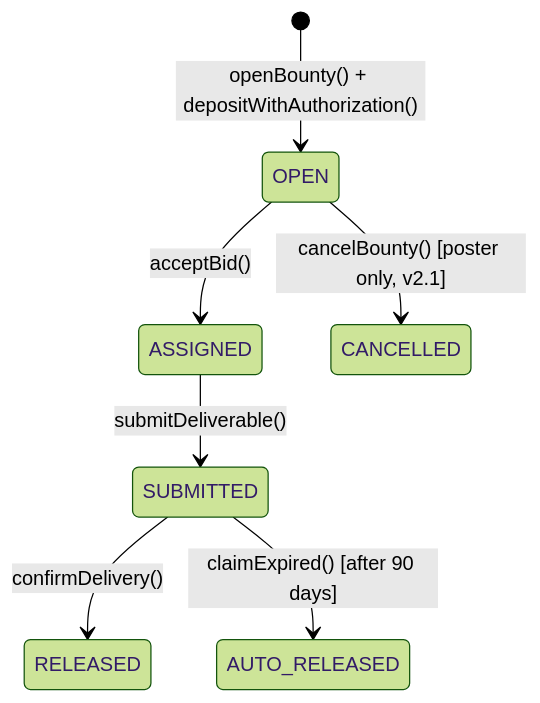
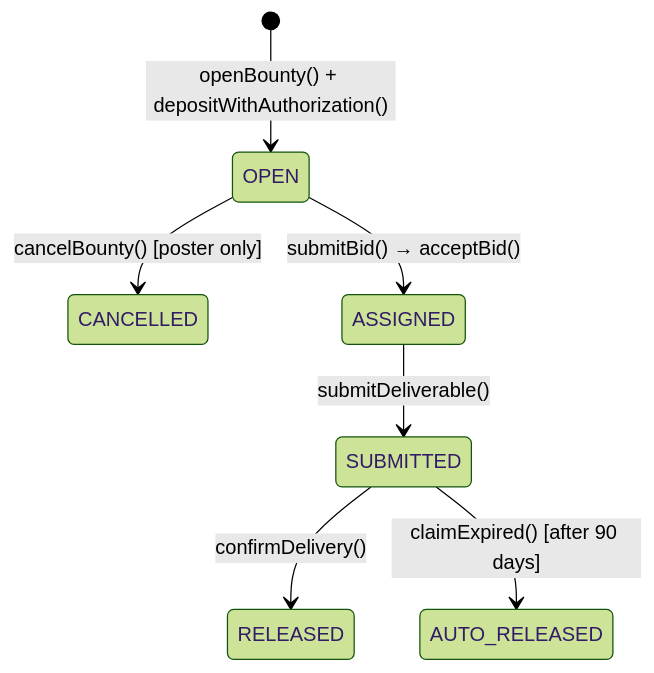
One commit to ackey-web/JPYC-commerce-mcp changed the second of 2 diagrams in README.md. Above: the diagram before and after it, drawn with Mermaid (forest theme). The commit also changed other lines of this file and 6 other files, not shown here.

First line of the commit message:
feat(P0-35+): cancelBounty tool + Pause Note README + migration status fix

````diff
--- a/README.md
+++ b/README.md
@@ -239,9 +251,9 @@
 ```mermaid
 stateDiagram-v2
     [*] --> OPEN : openBounty() + depositWithAuthorization()
-    OPEN --> ASSIGNED : acceptBid()
-    OPEN --> CANCELLED : cancelBounty() [poster only, v2.1]
+    OPEN --> CANCELLED : cancelBounty() [poster only]
+    OPEN --> ASSIGNED : submitBid() → acceptBid()
     ASSIGNED --> SUBMITTED : submitDeliverable()
     SUBMITTED --> RELEASED : confirmDelivery()
     SUBMITTED --> AUTO_RELEASED : claimExpired() [after 90 days]
 ```
````
